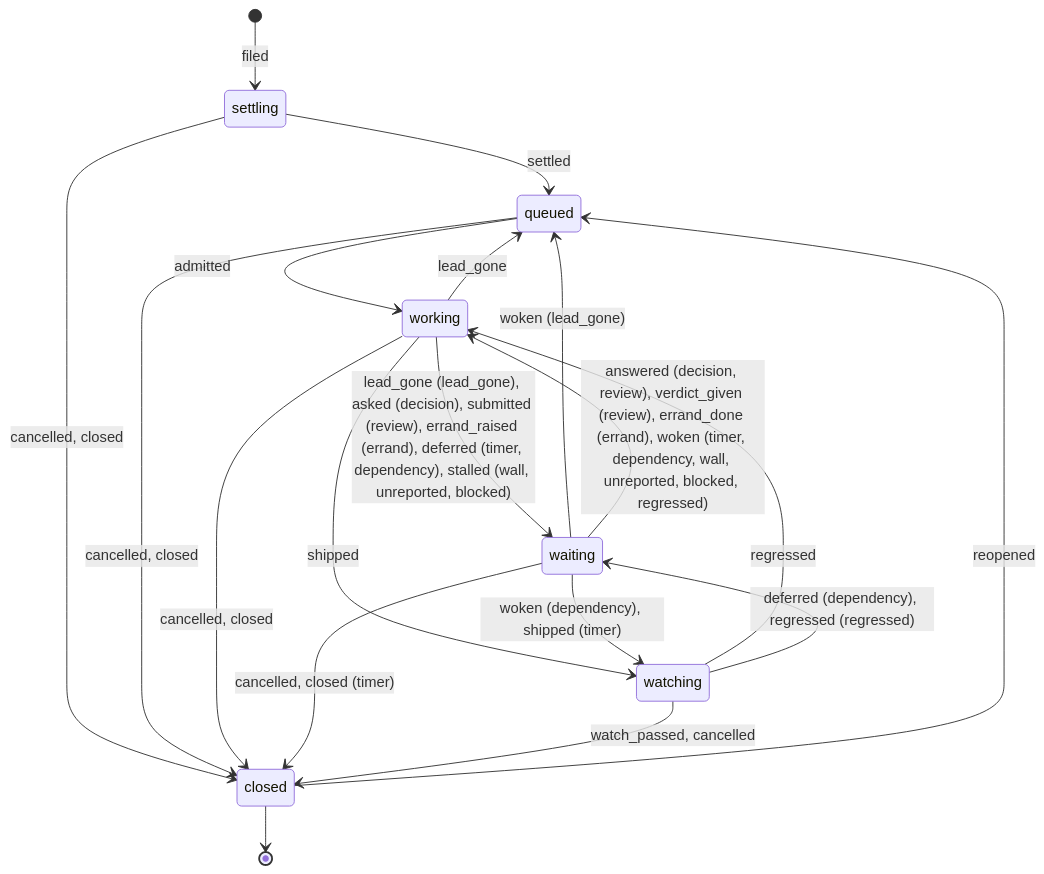
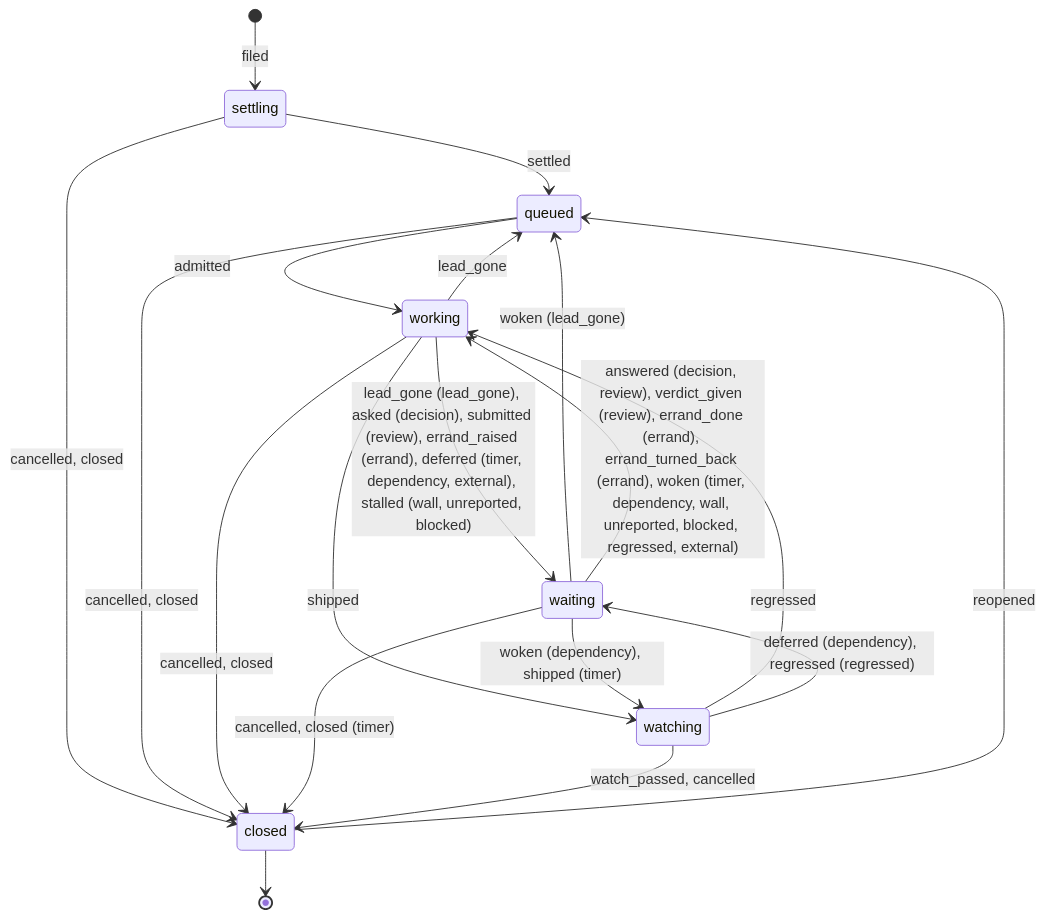
The diagram in docs/language.md (jkrumm/software-factory), drawn with Mermaid before and after one commit. The commit also changed other lines of this file and 54 other files, not shown here.

First line of the commit message:
feat(errands): a review wait on the pull request, turn back, a desk pass when the owner is back (#1020) (#286)

````diff
--- a/docs/language.md
+++ b/docs/language.md
@@ -176,21 +180,21 @@
 ```mermaid
 stateDiagram-v2
   [*] --> settling: filed
   settling --> queued: settled
   settling --> closed: cancelled, closed
   queued --> working: admitted
   queued --> closed: cancelled, closed
   working --> queued: lead_gone
-  working --> waiting: lead_gone (lead_gone), asked (decision), submitted (review), errand_raised (errand), deferred (timer, dependency), stalled (wall, unreported, blocked)
+  working --> waiting: lead_gone (lead_gone), asked (decision), submitted (review), errand_raised (errand), deferred (timer, dependency, external), stalled (wall, unreported, blocked)
   working --> watching: shipped
   working --> closed: cancelled, closed
   waiting --> queued: woken (lead_gone)
-  waiting --> working: answered (decision, review), verdict_given (review), errand_done (errand), woken (timer, dependency, wall, unreported, blocked, regressed)
+  waiting --> working: answered (decision, review), verdict_given (review), errand_done (errand), errand_turned_back (errand), woken (timer, dependency, wall, unreported, blocked, regressed, external)
   waiting --> watching: woken (dependency), shipped (timer)
   waiting --> closed: cancelled, closed (timer)
   watching --> working: regressed
   watching --> waiting: deferred (dependency), regressed (regressed)
   watching --> closed: watch_passed, cancelled
   closed --> queued: reopened
   closed --> [*]
 ```
````
